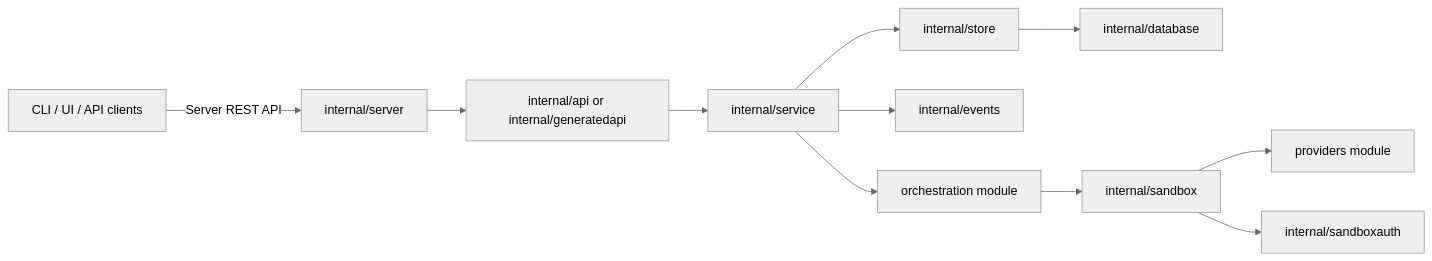
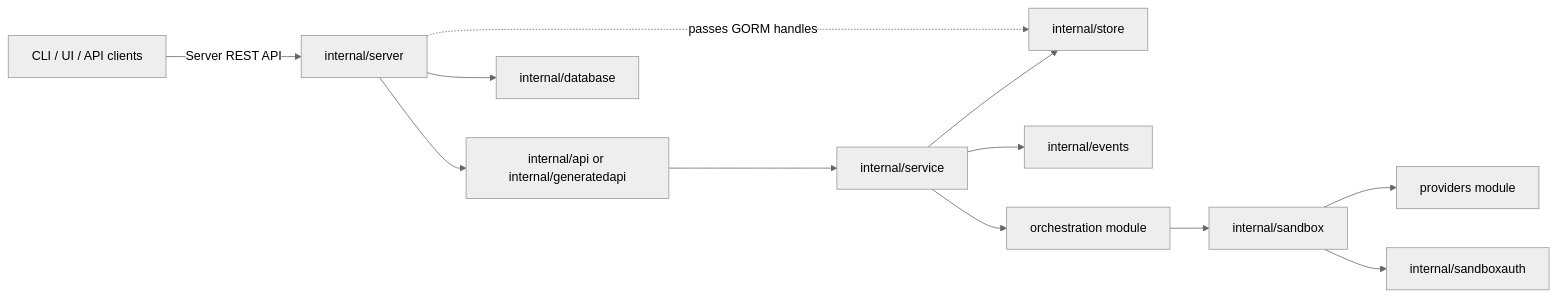
The first of 2 diagrams in server/DESIGN.md (discobox-ai/discobox), drawn with Mermaid (neutral theme) before and after one commit. The commit also changed other lines of this file and 88 other files, not shown here.

Commit message:
refactor: remove tenant database architecture

````diff
--- a/server/DESIGN.md
+++ b/server/DESIGN.md
@@ -11,13 +11,14 @@
 ```mermaid
 flowchart LR
     clients[CLI / UI / API clients] -->|Server REST API| http[internal/server]
     http --> api[internal/api or internal/generatedapi]
+    http --> database[internal/database]
+    http -. passes GORM handles .-> store[internal/store]
     api --> service[internal/service]
-    service --> store[internal/store]
-    store --> database[internal/database]
+    service --> store
     service --> events[internal/events]
     service --> orchestration[orchestration module]
     orchestration --> sandbox[internal/sandbox]
     sandbox --> providers[providers module]
     sandbox --> sandboxauth[internal/sandboxauth]
 ```
````
